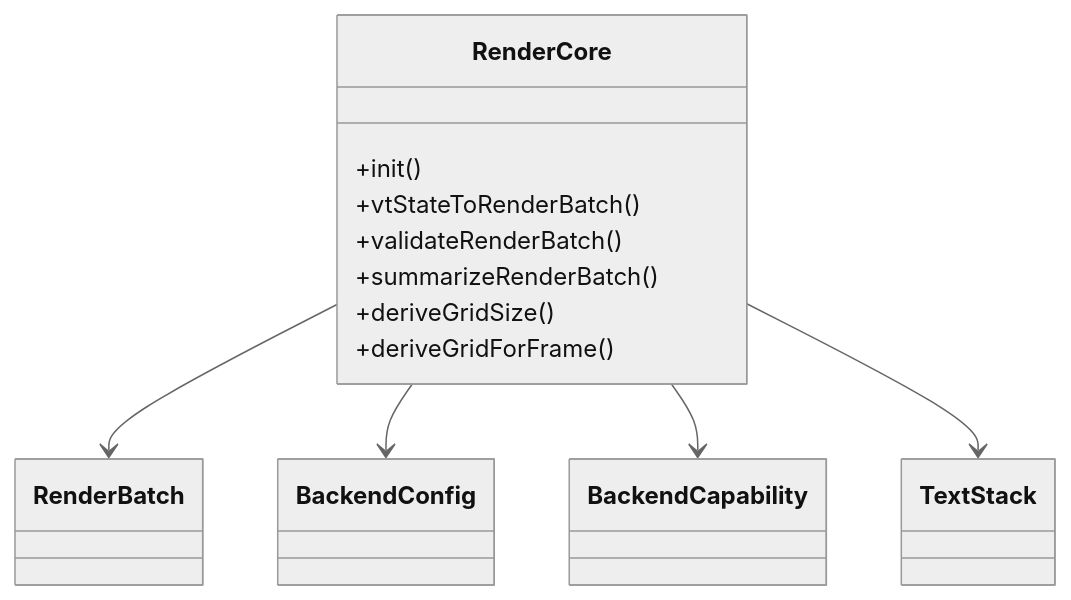
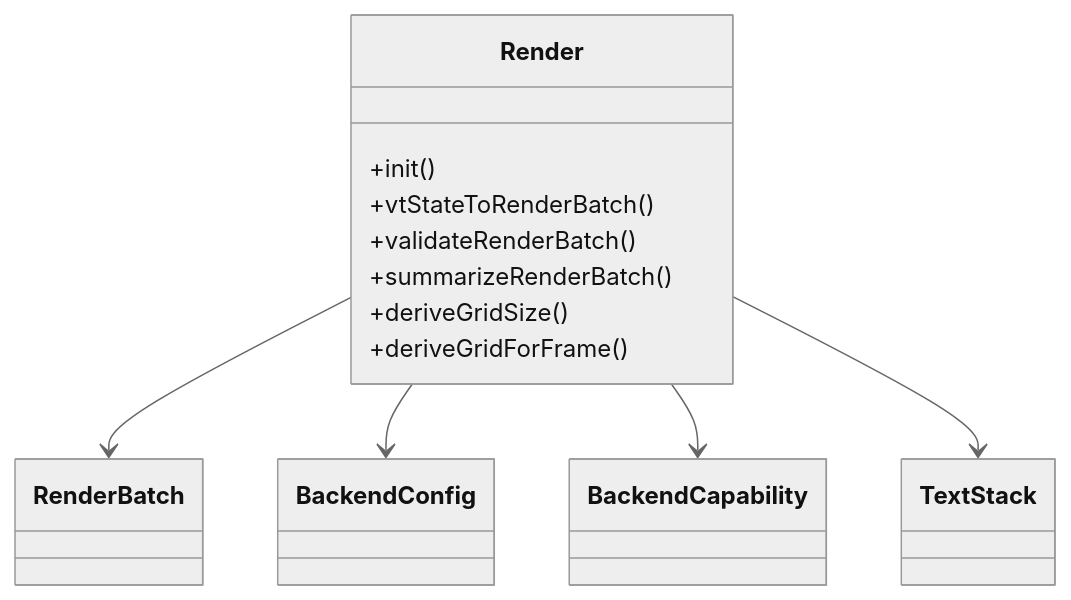
Before and after one commit to LaurenceGuws/howl-render-core: the first of 3 diagrams in design.md, drawn with Mermaid (neutral theme). The commit also changed other lines of this file and 49 other files, not shown here.

Commit message:
render: drop core naming from the owner surface

````diff
--- a/design.md
+++ b/design.md
@@ -14,20 +14,20 @@
 ```mermaid
 classDiagram
-    class RenderCore {
+    class Render {
       +init()
       +vtStateToRenderBatch()
       +validateRenderBatch()
       +summarizeRenderBatch()
       +deriveGridSize()
       +deriveGridForFrame()
     }
     class TextStack
     class RenderBatch
     class BackendConfig
     class BackendCapability
 
-    RenderCore --> RenderBatch
-    RenderCore --> BackendConfig
-    RenderCore --> BackendCapability
-    RenderCore --> TextStack
+    Render --> RenderBatch
+    Render --> BackendConfig
+    Render --> BackendCapability
+    Render --> TextStack
 ```
````
